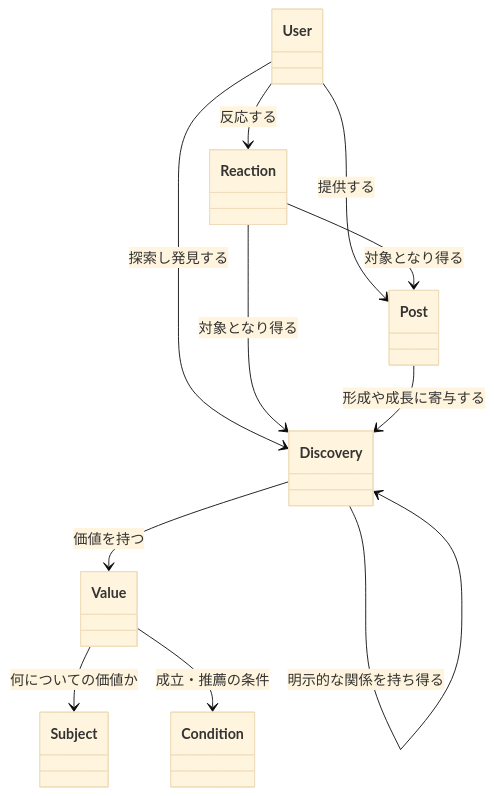
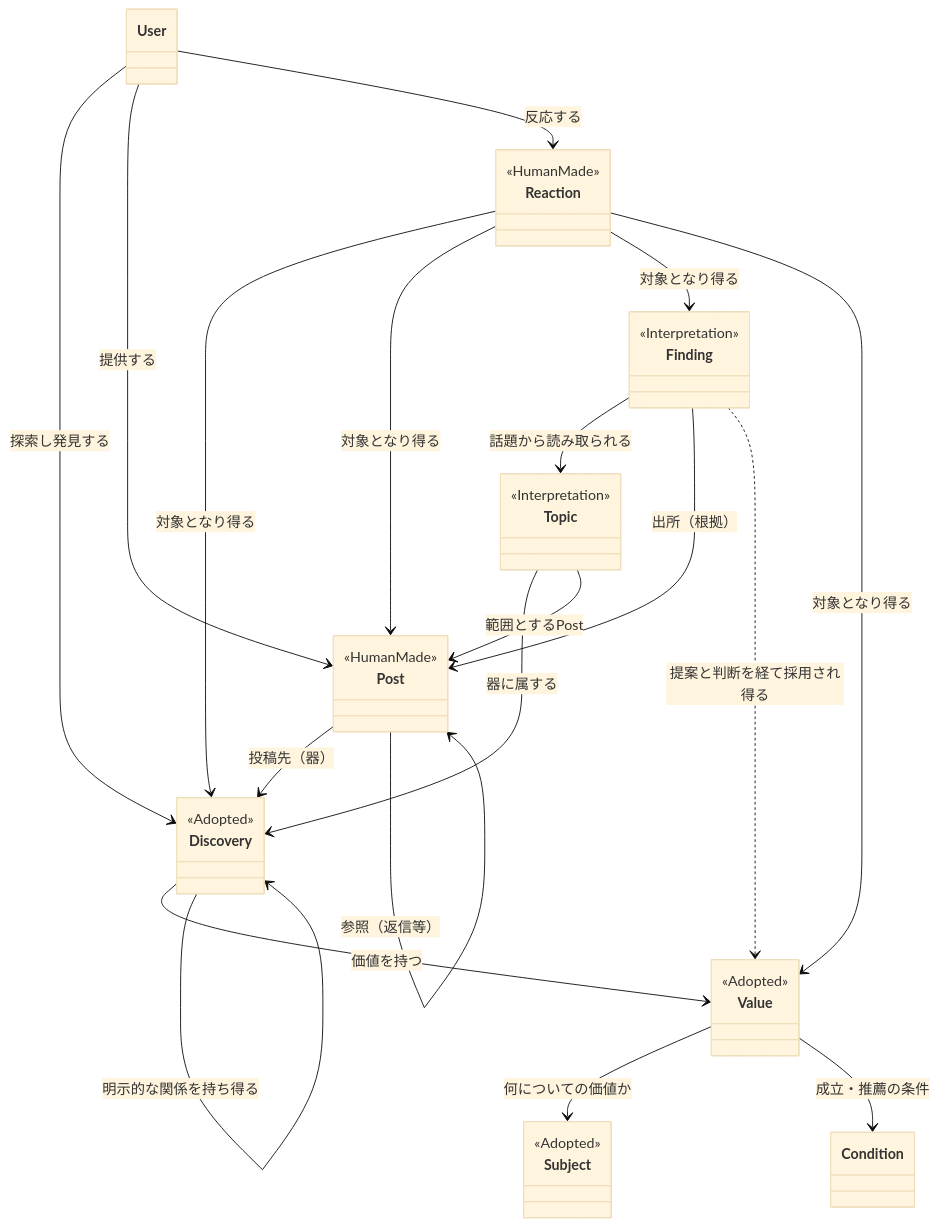
One commit to ex-day/platform changed the second of 8 diagrams in docs/ex-day_domain_model.md. Above: the diagram before and after it, drawn with Mermaid (base theme). The commit also changed other lines of this file and 3 other files, not shown here.

````diff
--- a/docs/ex-day_domain_model.md
+++ b/docs/ex-day_domain_model.md
@@ -177,21 +324,38 @@
 ```mermaid
 classDiagram
     class User
     class Discovery
     class Value
     class Subject
     class Condition
     class Post
     class Reaction
- 
+    class Topic
+    class Finding
+    <<HumanMade>> Post
+    <<HumanMade>> Reaction
+    <<Interpretation>> Topic
+    <<Interpretation>> Finding
+    <<Adopted>> Discovery
+    <<Adopted>> Value
+    <<Adopted>> Subject
+
     User --> Discovery : 探索し発見する
     User --> Post : 提供する
     User --> Reaction : 反応する
     Reaction --> Discovery : 対象となり得る
     Reaction --> Post : 対象となり得る
-    Post --> Discovery : 形成や成長に寄与する
+    Reaction --> Finding : 対象となり得る
+    Reaction --> Value : 対象となり得る
+    Post --> Discovery : 投稿先（器）
+    Post --> Post : 参照（返信等）
+    Topic --> Discovery : 器に属する
+    Topic --> Post : 範囲とするPost
+    Finding --> Topic : 話題から読み取られる
+    Finding --> Post : 出所（根拠）
+    Finding ..> Value : 提案と判断を経て採用され得る
     Discovery --> Value : 価値を持つ
     Value --> Subject : 何についての価値か
     Value --> Condition : 成立・推薦の条件
     Discovery --> Discovery : 明示的な関係を持ち得る
 ```
````
